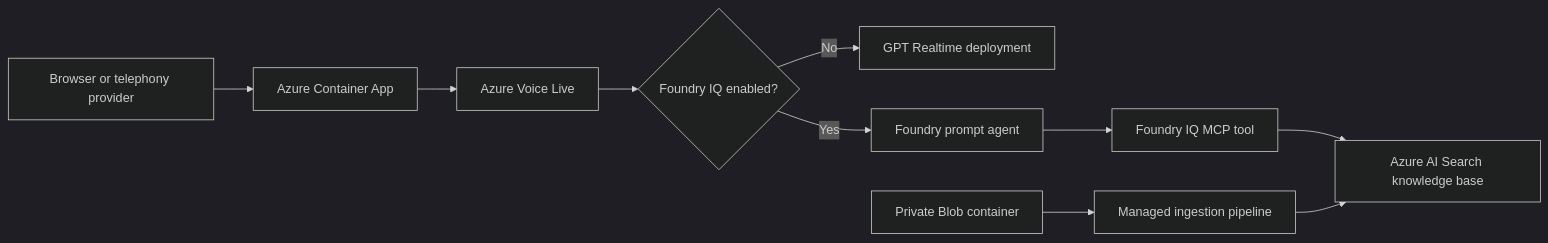
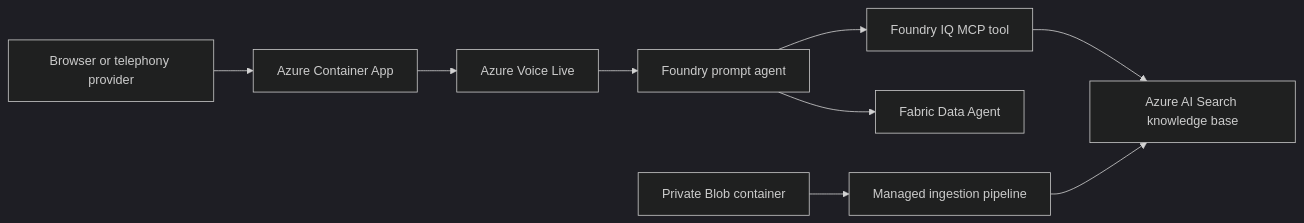
One commit to mmack-org/call-center-voice-agent-accelerator changed the diagram in README.md. Above: the diagram before and after it, drawn with Mermaid (dark theme). The commit also changed other lines of this file and 19 other files, not shown here.

Commit message:
Add always-on Fabric and Foundry IQ foundation

````diff
--- a/README.md
+++ b/README.md
@@ -56,12 +55,11 @@
 ```mermaid
 flowchart LR
     Client[Browser or telephony provider] --> App[Azure Container App]
     App --> VoiceLive[Azure Voice Live]
-    VoiceLive --> Mode{Foundry IQ enabled?}
-    Mode -->|No| Realtime[GPT Realtime deployment]
-    Mode -->|Yes| Agent[Foundry prompt agent]
+    VoiceLive --> Agent[Foundry prompt agent]
     Agent --> MCP[Foundry IQ MCP tool]
+    Agent --> Fabric[Fabric Data Agent]
     MCP --> Search[Azure AI Search knowledge base]
     Blob[Private Blob container] --> Indexer[Managed ingestion pipeline]
     Indexer --> Search
 ```
````
